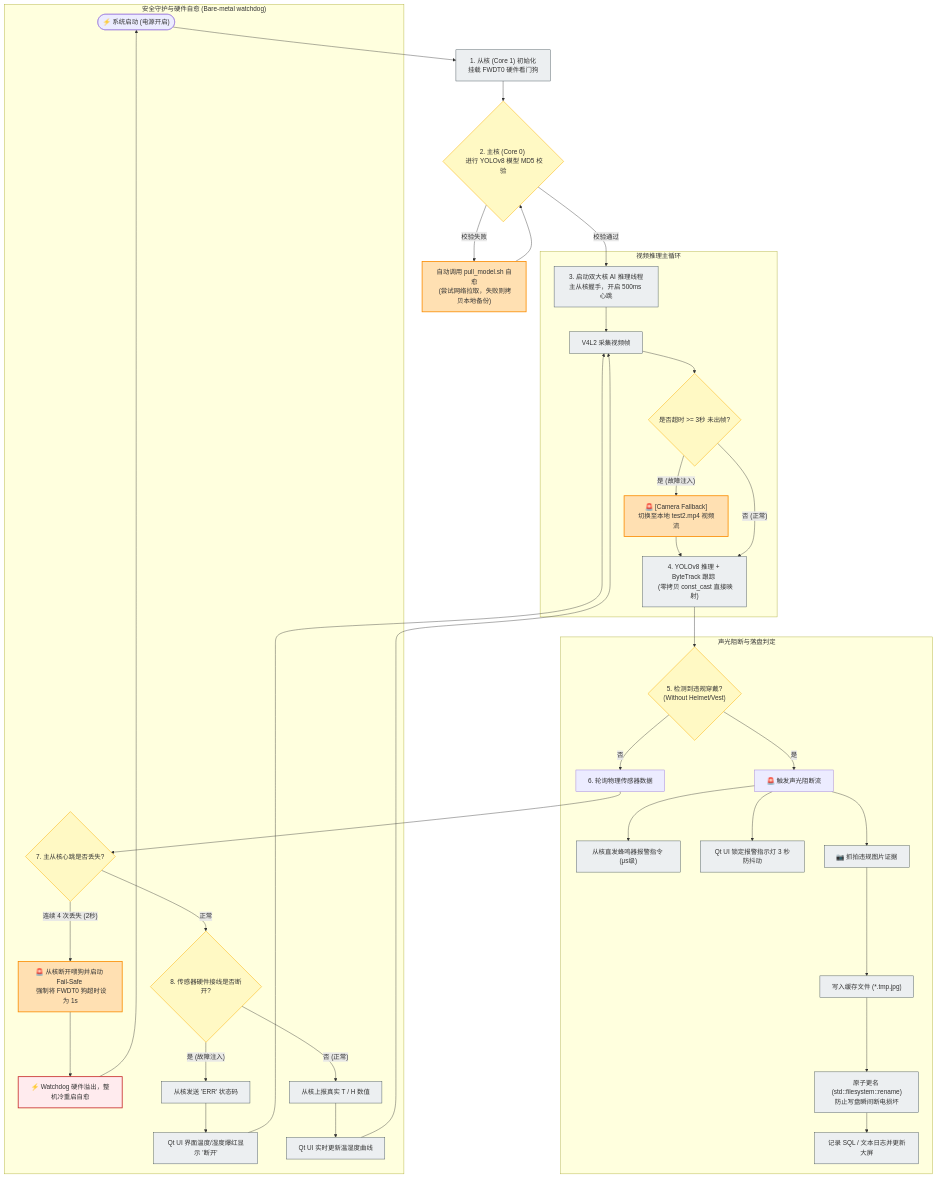
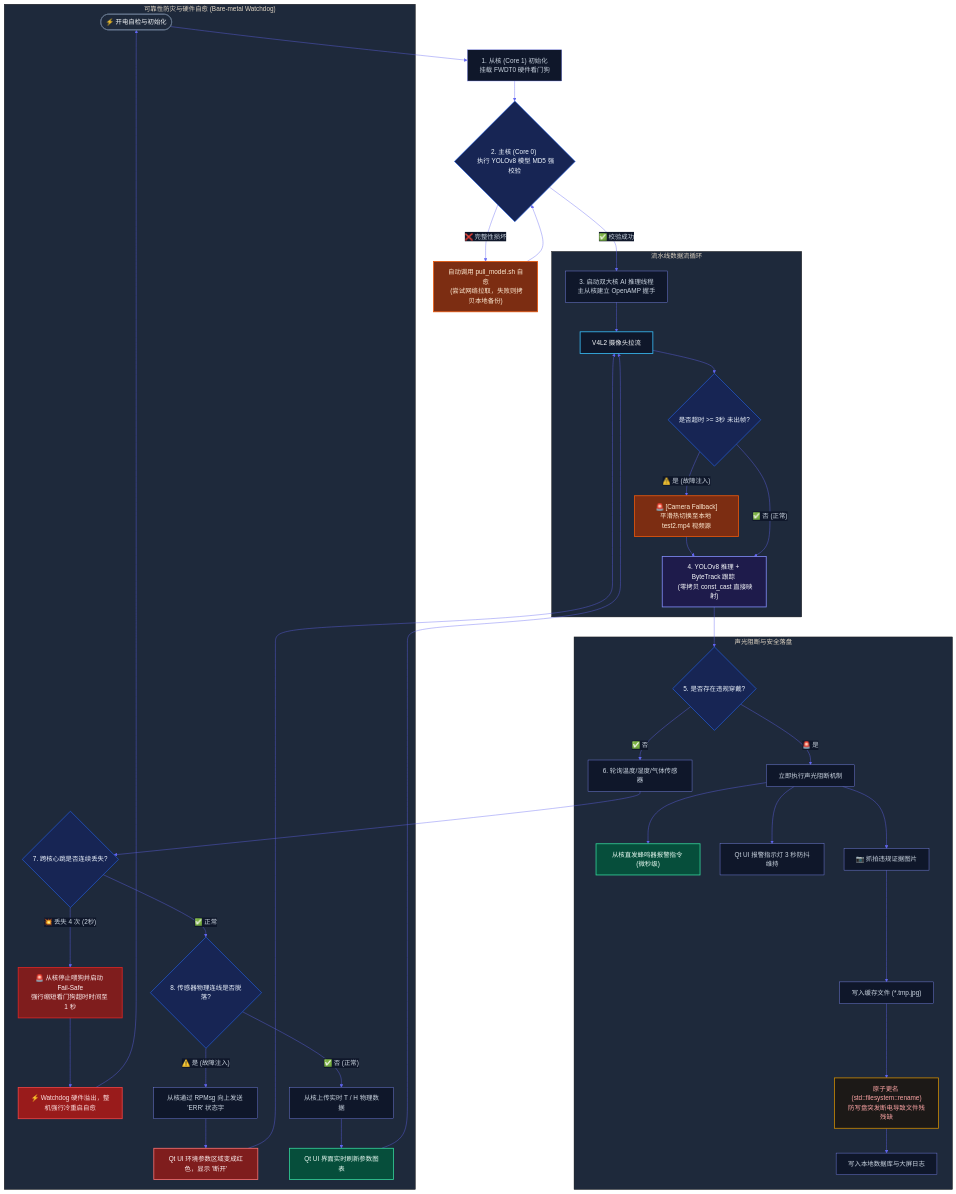
One commit to istiurosmadelgordont-cloud/PPE_System changed the second of 2 diagrams in Phytium_PPE_System_SourceCode/docs/system_diagrams.md. Above: the diagram before and after it, drawn with Mermaid. The commit also changed other lines of this file, not shown here.

Commit message:
style: 优化0.2.1系统架构图与0.2.2业务流程图的视觉效果(现代深色科技风主题)

````diff
--- a/Phytium_PPE_System_SourceCode/docs/system_diagrams.md
+++ b/Phytium_PPE_System_SourceCode/docs/system_diagrams.md
@@ -97,67 +109,90 @@
 ```mermaid
+%%{init: {
+  'theme': 'base',
+  'themeVariables': {
+    'primaryColor': '#1e293b',
+    'primaryTextColor': '#cbd5e1',
+    'primaryBorderColor': '#475569',
+    'lineColor': '#6366f1',
+    'secondaryColor': '#0f172a',
+    'tertiaryColor': '#1e293b',
+    'mainBkg': '#0f172a',
+    'nodeBorder': '#818cf8'
+  }
+}}%%
 flowchart TD
     %% ==================== SYSTEM STARTUP ====================
-    Start(["⚡ 系统启动 (电源开启)"]) --> InitSDK["1. 从核 (Core 1) 初始化 <br> 挂载 FWDT0 硬件看门狗"]
-    InitSDK --> VerifyModel{"2. 主核 (Core 0) <br> 进行 YOLOv8 模型 MD5 校验"}
+    Start(["⚡ 开电自检与初始化"]) --> InitSDK["1. 从核 (Core 1) 初始化 <br> 挂载 FWDT0 硬件看门狗"]
+    InitSDK --> VerifyModel{"2. 主核 (Core 0) <br> 执行 YOLOv8 模型 MD5 强校验"}
     
-    VerifyModel --"校验失败"--> PullModel["自动调用 pull_model.sh 自愈<br> (尝试网络拉取，失败则拷贝本地备份)"]
+    VerifyModel --"❌ 完整性损坏"--> PullModel["自动调用 pull_model.sh 自愈<br> (尝试网络拉取，失败则拷贝本地备份)"]
     PullModel --> VerifyModel
     
-    VerifyModel --"校验通过"--> StartInference["3. 启动双大核 AI 推理线程<br>主从核握手，开启 500ms 心跳"]
+    VerifyModel --"✅ 校验成功"--> StartInference["3. 启动双大核 AI 推理线程<br>主从核建立 OpenAMP 握手"]
 
     %% ==================== PIPELINE EXECUTION ====================
-    subgraph "视频推理主循环"
-        StartInference --> GrabFrame["V4L2 采集视频帧"]
+    subgraph "流水线数据流循环"
+        StartInference --> GrabFrame["V4L2 摄像头拉流"]
         GrabFrame --> CheckCamTimeout{"是否超时 >= 3秒 未出帧?"}
         
-        CheckCamTimeout --"是 (故障注入)"--> SwitchFallback["🚨 [Camera Fallback]<br>切换至本地 test2.mp4 视频流"]
+        CheckCamTimeout --"⚠️ 是 (故障注入)"--> SwitchFallback["🚨 [Camera Fallback]<br>平滑热切换至本地 test2.mp4 视频源"]
         SwitchFallback --> ProcessInference
         
-        CheckCamTimeout --"否 (正常)"--> ProcessInference["4. YOLOv8 推理 + ByteTrack 跟踪 <br> (零拷贝 const_cast 直接映射)"]
+        CheckCamTimeout --"✅ 否 (正常)"--> ProcessInference["4. YOLOv8 推理 + ByteTrack 跟踪 <br> (零拷贝 const_cast 直接映射)"]
     end
 
     %% ==================== ALARM & MITIGATION ====================
-    subgraph "声光阻断与落盘判定"
-        ProcessInference --> CheckViolation{"5. 检测到违规穿戴?<br>(Without Helmet/Vest)"}
+    subgraph "声光阻断与安全落盘"
+        ProcessInference --> CheckViolation{"5. 是否存在违规穿戴?"}
         
-        CheckViolation --"是"--> AlarmFlow["🚨 触发声光阻断流"]
-        AlarmFlow --> RPMsgSendAlarm["从核直发蜂鸣器报警指令 (μs级)"]
-        AlarmFlow --> StartHoldTimer["Qt UI 锁定报警指示灯 3 秒防抖动"]
-        AlarmFlow --> WriteSnapshot["📷 抓拍违规图片证据"]
+        CheckViolation --"🚨 是"--> AlarmFlow["立即执行声光阻断机制"]
+        AlarmFlow --> RPMsgSendAlarm["从核直发蜂鸣器报警指令 (微秒级)"]
+        AlarmFlow --> StartHoldTimer["Qt UI 报警指示灯 3 秒防抖维持"]
+        AlarmFlow --> WriteSnapshot["📷 抓拍违规证据图片"]
         
         WriteSnapshot --> AtomicWrite["写入缓存文件 (*.tmp.jpg)"]
-        AtomicWrite --> AtomicRename["原子更名 (std::filesystem::rename)<br>防止写盘瞬间断电损坏"]
-        AtomicRename --> LogWrite["记录 SQL / 文本日志并更新大屏"]
+        AtomicWrite --> AtomicRename["原子更名 (std::filesystem::rename)<br>防写盘突发断电导致文件残残缺"]
+        AtomicRename --> LogWrite["写入本地数据库与大屏日志"]
         
-        CheckViolation --"否"--> MonitorSensors["6. 轮询物理传感器数据"]
+        CheckViolation --"✅ 否"--> MonitorSensors["6. 轮询温度/湿度/气体传感器"]
     end
 
     %% ==================== HEARTBEAT & FAULT INJECTION ====================
-    subgraph "安全守护与硬件自愈 (Bare-metal watchdog)"
-        MonitorSensors --> CheckHeartbeat{"7. 主从核心跳是否丢失?"}
+    subgraph "可靠性防灾与硬件自愈 (Bare-metal Watchdog)"
+        MonitorSensors --> CheckHeartbeat{"7. 跨核心跳是否连续丢失?"}
         
-        CheckHeartbeat --"连续 4 次丢失 (2秒)"--> EnterFailSafe["🚨 从核断开喂狗并启动 Fail-Safe <br> 强制将 FWDT0 狗超时设为 1s"]
-        EnterFailSafe --> ColdReset["⚡ Watchdog 硬件溢出，整机冷重启自愈"]
+        CheckHeartbeat --"💥 丢失 4 次 (2秒)"--> EnterFailSafe["🚨 从核停止喂狗并启动 Fail-Safe<br>强行缩短看门狗超时时间至 1 秒"]
+        EnterFailSafe --> ColdReset["⚡ Watchdog 硬件溢出，整机强行冷重启自愈"]
         ColdReset --> Start
         
-        CheckHeartbeat --"正常"--> CheckSensorConn{"8. 传感器硬件接线是否断开?"}
-        CheckSensorConn --"是 (故障注入)"--> ReportErr["从核发送 'ERR' 状态码"]
-        ReportErr --> UIRed["Qt UI 界面温度/湿度爆红显示 '断开'"]
+        CheckHeartbeat --"✅ 正常"--> CheckSensorConn{"8. 传感器物理连线是否脱落?"}
+        CheckSensorConn --"⚠️ 是 (故障注入)"--> ReportErr["从核通过 RPMsg 向上发送 'ERR' 状态字"]
+        ReportErr --> UIRed["Qt UI 环境参数区域变成红色，显示 '断开'"]
         
-        CheckSensorConn --"否 (正常)"--> ReportNormal["从核上报真实 T / H 数值"]
-        ReportNormal --> UpdateUI["Qt UI 实时更新温湿度曲线"]
+        CheckSensorConn --"✅ 否 (正常)"--> ReportNormal["从核上传实时 T / H 物理数据"]
+        ReportNormal --> UpdateUI["Qt UI 界面实时刷新参数图表"]
     end
 
     UpdateUI --> GrabFrame
     UIRed --> GrabFrame
 
-    classDef process fill:#eceff1,stroke:#37474f,stroke-width:1px;
-    classDef decision fill:#fff9c4,stroke:#fbc02d,stroke-width:1.5px;
-    classDef recovery fill:#ffe0b2,stroke:#fb8c00,stroke-width:2px;
-    classDef critical fill:#ffebee,stroke:#c62828,stroke-width:2px;
-
-    class InitSDK,StartInference,GrabFrame,ProcessInference,RPMsgSendAlarm,StartHoldTimer,WriteSnapshot,AtomicWrite,AtomicRename,LogWrite,ReportErr,ReportNormal,UpdateUI,UIRed process;
-    class VerifyModel,CheckCamTimeout,CheckViolation,CheckHeartbeat,CheckSensorConn decision;
-    class PullModel,SwitchFallback,EnterFailSafe recovery;
-    class ColdReset critical;
+    %% 样式美化代码 (Modern Color Coding)
+    style Start fill:#1e293b,stroke:#64748b,stroke-width:2px,color:#f8fafc;
+    style PullModel fill:#7c2d12,stroke:#ea580c,stroke-width:2px,color:#ffedd5;
+    style SwitchFallback fill:#7c2d12,stroke:#ea580c,stroke-width:2px,color:#ffedd5;
+    style EnterFailSafe fill:#7f1d1d,stroke:#dc2626,stroke-width:2px,color:#fef2f2;
+    style ColdReset fill:#991b1b,stroke:#ef4444,stroke-width:2px,color:#fee2e2;
+    
+    style GrabFrame fill:#0f172a,stroke:#38bdf8,stroke-width:2px,color:#f8fafc;
+    style ProcessInference fill:#1e1b4b,stroke:#818cf8,stroke-width:2px,color:#f8fafc;
+    style RPMsgSendAlarm fill:#064e3b,stroke:#34d399,stroke-width:2px,color:#ecfdf5;
+    style AtomicRename fill:#1c1917,stroke:#ca8a04,stroke-width:2px,color:#fca5a5;
+    style UIRed fill:#7f1d1d,stroke:#f87171,stroke-width:2px,color:#fef2f2;
+    style UpdateUI fill:#064e3b,stroke:#34d399,stroke-width:2px,color:#ecfdf5;
+    
+    style VerifyModel fill:#172554,stroke:#2563eb,stroke-width:1.5px,color:#eff6ff;
+    style CheckCamTimeout fill:#172554,stroke:#2563eb,stroke-width:1.5px,color:#eff6ff;
+    style CheckViolation fill:#172554,stroke:#2563eb,stroke-width:1.5px,color:#eff6ff;
+    style CheckHeartbeat fill:#172554,stroke:#2563eb,stroke-width:1.5px,color:#eff6ff;
+    style CheckSensorConn fill:#172554,stroke:#2563eb,stroke-width:1.5px,color:#eff6ff;
 ```
````
